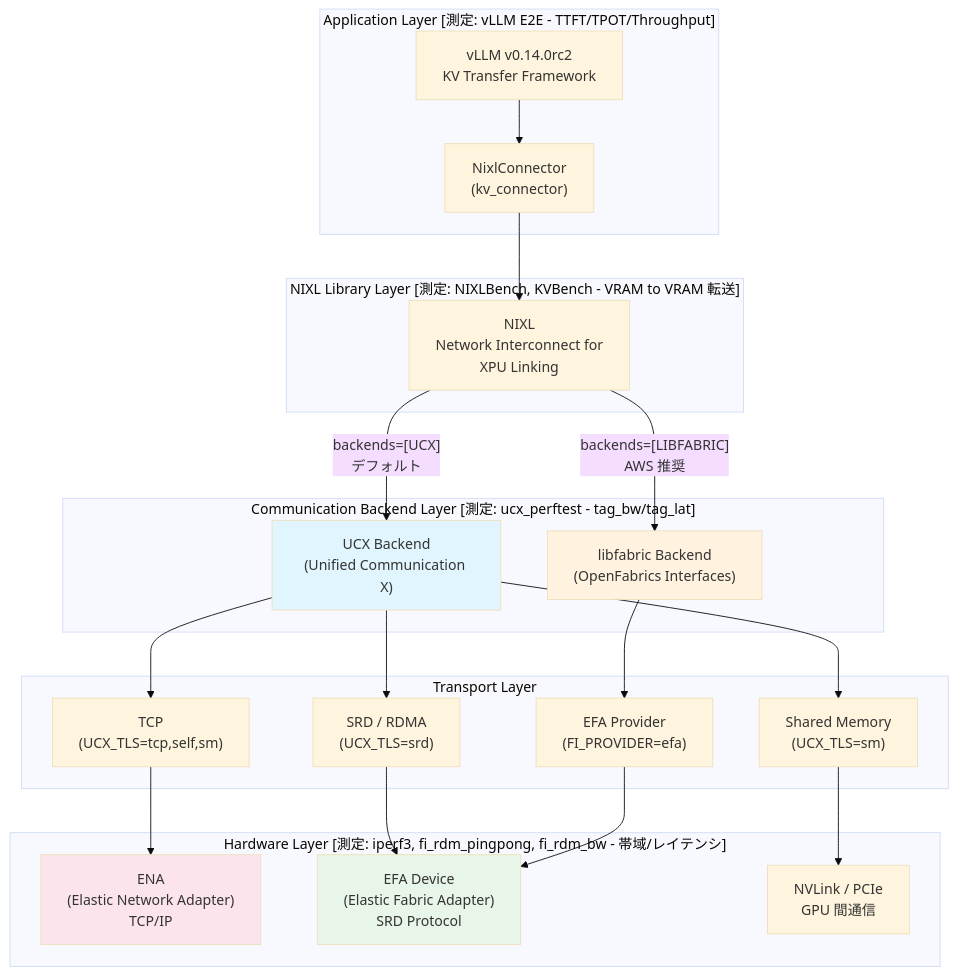
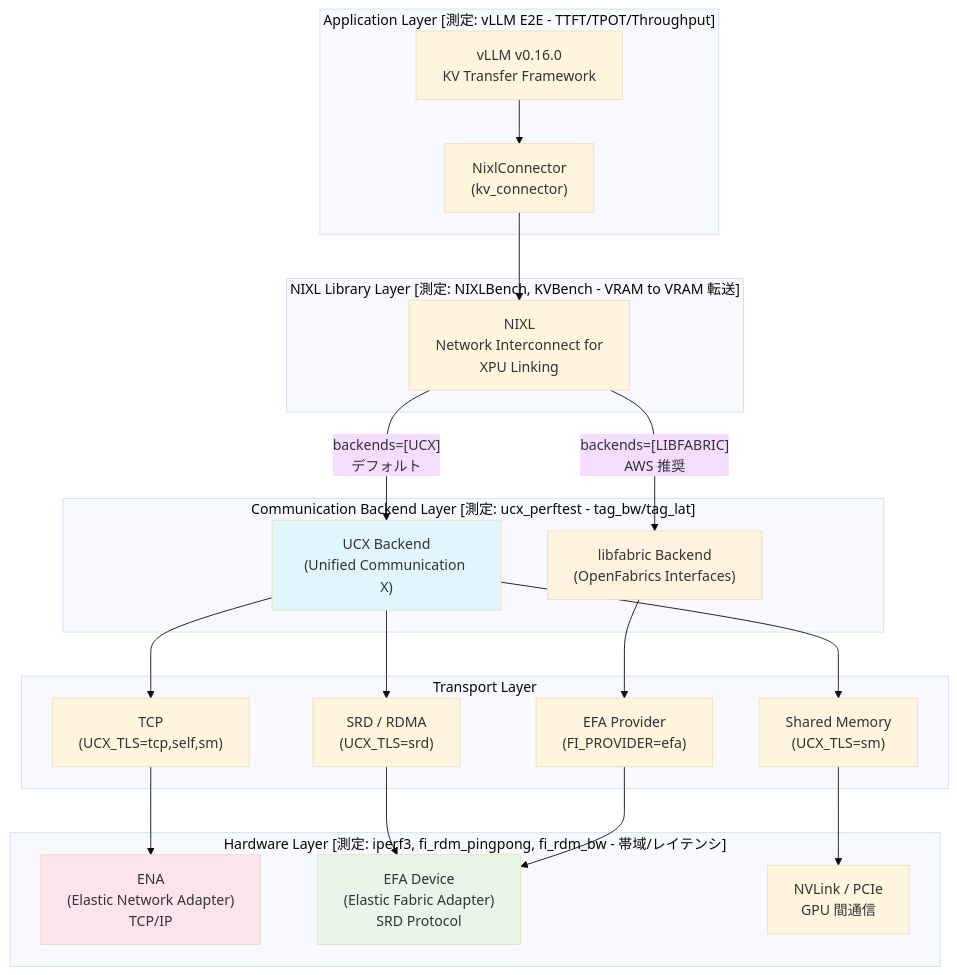
One commit to littlemex/zenn changed the sixth of 14 diagrams in articles/3dd524130320d3.md. Above: the diagram before and after it, drawn with Mermaid (base theme). The commit also changed other lines of this file, not shown here.

````diff
--- a/articles/3dd524130320d3.md
+++ b/articles/3dd524130320d3.md
@@ -195,41 +195,41 @@
 ```mermaid
 graph TB
     subgraph "Application Layer [測定: vLLM E2E - TTFT/TPOT/Throughput]"
-        VLLM["vLLM v0.14.0rc2<br/>KV Transfer Framework"]
+        VLLM["vLLM v0.16.0<br/>KV Transfer Framework"]
         NC["NixlConnector<br/>(kv_connector)"]
         VLLM --> NC
     end
     subgraph "NIXL Library Layer [測定: NIXLBench, KVBench - VRAM to VRAM 転送]"
         NIXL["NIXL<br/>Network Interconnect for<br/>XPU Linking"]
         NC --> NIXL
     end
     subgraph "Communication Backend Layer [測定: ucx_perftest - tag_bw/tag_lat]"
         UCX["UCX Backend<br/>(Unified Communication X)"]
         LF["libfabric Backend<br/>(OpenFabrics Interfaces)"]
         NIXL -->|"backends=[UCX]<br/>デフォルト"| UCX
         NIXL -->|"backends=[LIBFABRIC]<br/>AWS 推奨"| LF
     end
     subgraph "Transport Layer"
         TCP["TCP<br/>(UCX_TLS=tcp,self,sm)"]
         SRD_UCX["SRD / RDMA<br/>(UCX_TLS=srd)"]
         SM["Shared Memory<br/>(UCX_TLS=sm)"]
         EFA_LF["EFA Provider<br/>(FI_PROVIDER=efa)"]
         UCX --> TCP
         UCX --> SRD_UCX
         UCX --> SM
         LF --> EFA_LF
     end
     subgraph "Hardware Layer [測定: iperf3, fi_rdm_pingpong, fi_rdm_bw - 帯域/レイテンシ]"
         ENA["ENA<br/>(Elastic Network Adapter)<br/>TCP/IP"]
         EFA_DEV["EFA Device<br/>(Elastic Fabric Adapter)<br/>SRD Protocol"]
         NVLINK["NVLink / PCIe<br/>GPU 間通信"]
         TCP --> ENA
         SRD_UCX --> EFA_DEV
         SM --> NVLINK
         EFA_LF --> EFA_DEV
     end
     style UCX fill: #e1f5fe
     style LF fill: #fff3e0
     style EFA_DEV fill: #e8f5e9
     style ENA fill: #fce4ec
 ```
````
